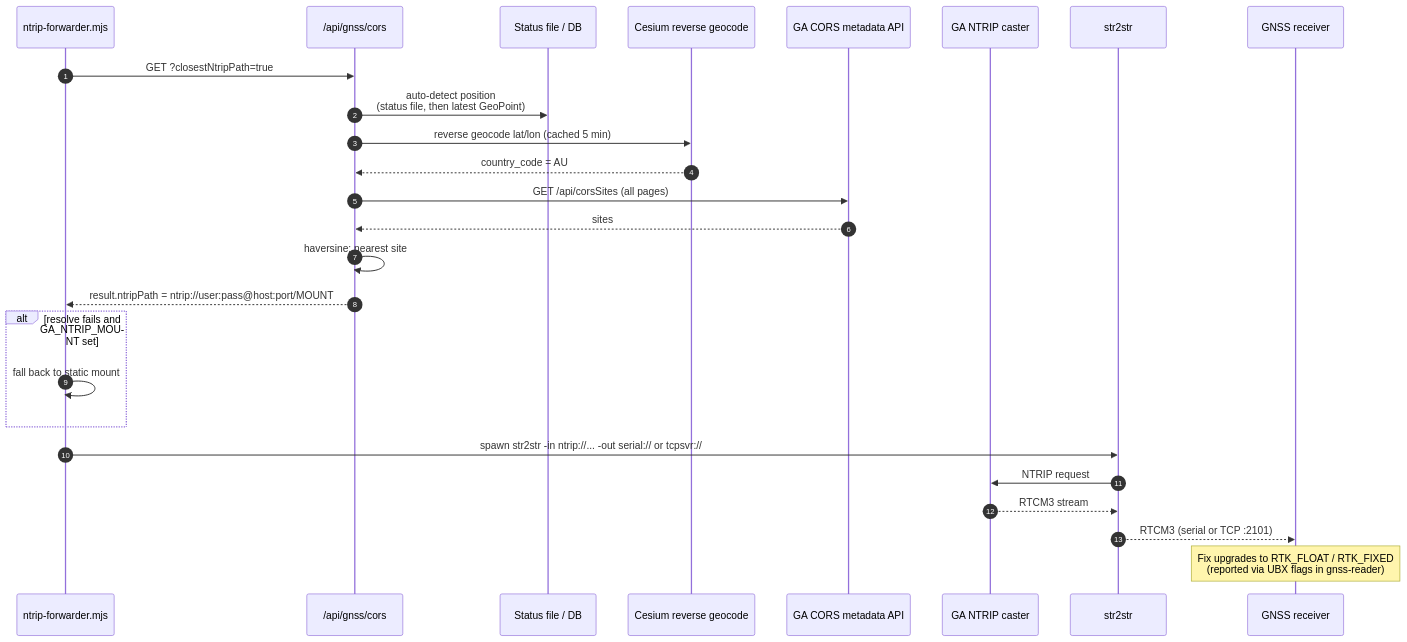
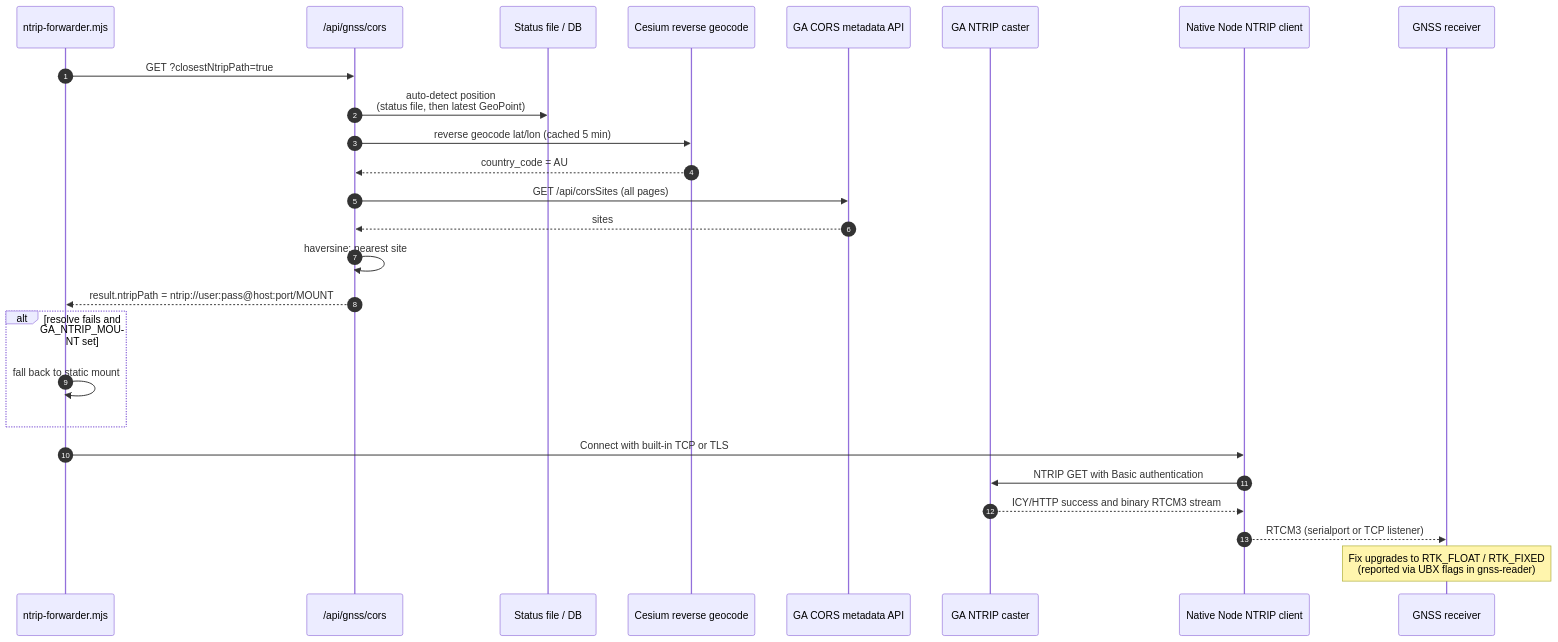
One commit to DavidHenryM/AgNerd changed the fifth of 8 diagrams in doc/architecture.md. Above: the diagram before and after it, drawn with Mermaid. The commit also changed other lines of this file and 9 other files, not shown here.

Commit message:
reworked ntrip forwarder to use node

````diff
--- a/doc/architecture.md
+++ b/doc/architecture.md
@@ -181,29 +185,29 @@
 ```mermaid
 sequenceDiagram
     autonumber
     participant N as ntrip-forwarder.mjs
     participant API as /api/gnss/cors
     participant F as Status file / DB
     participant CES as Cesium reverse geocode
     participant GA as GA CORS metadata API
     participant C as GA NTRIP caster
-    participant S as str2str
+    participant S as Native Node NTRIP client
     participant RX as GNSS receiver
 
     N->>API: GET ?closestNtripPath=true
     API->>F: auto-detect position<br/>(status file, then latest GeoPoint)
     API->>CES: reverse geocode lat/lon (cached 5 min)
     CES-->>API: country_code = AU
     API->>GA: GET /api/corsSites (all pages)
     GA-->>API: sites
     API->>API: haversine: nearest site
     API-->>N: result.ntripPath = ntrip://user:pass@host:port/MOUNT
     alt resolve fails and GA_NTRIP_MOUNT set
         N->>N: fall back to static mount
     end
-    N->>S: spawn str2str -in ntrip://... -out serial:// or tcpsvr://
-    S->>C: NTRIP request
-    C-->>S: RTCM3 stream
-    S-->>RX: RTCM3 (serial or TCP :2101)
+    N->>S: Connect with built-in TCP or TLS
+    S->>C: NTRIP GET with Basic authentication
+    C-->>S: ICY/HTTP success and binary RTCM3 stream
+    S-->>RX: RTCM3 (serialport or TCP listener)
     Note over RX: Fix upgrades to RTK_FLOAT / RTK_FIXED<br/>(reported via UBX flags in gnss-reader)
 ```
````
